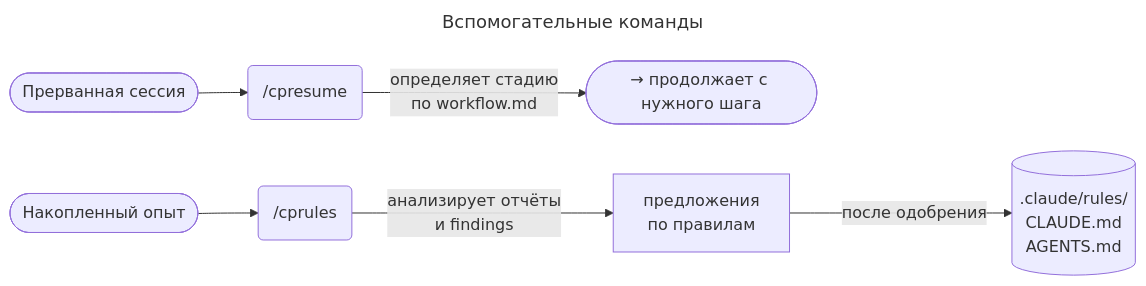
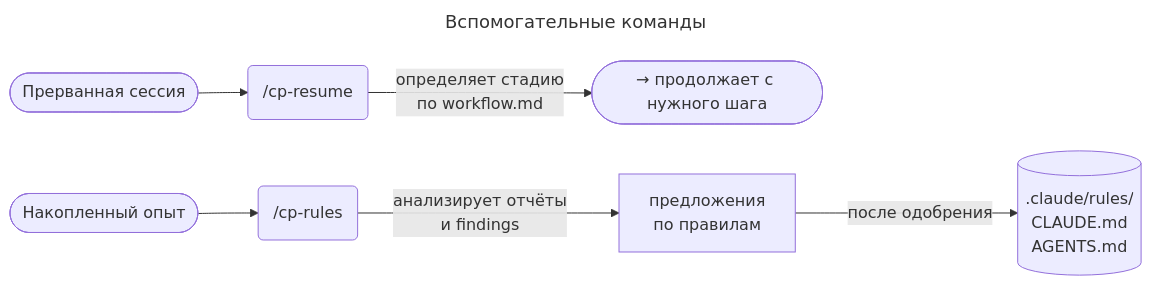
The third of 3 diagrams in README.ru.md (unger1984/codepatrol), drawn with Mermaid before and after one commit. The commit also changed other lines of this file and 75 other files, not shown here.

````diff
--- a/README.ru.md
+++ b/README.ru.md
@@ -159,12 +167,12 @@
 ```mermaid
 ---
 title: Вспомогательные команды
 ---
 flowchart LR
-    interrupted([Прерванная сессия]) --> cpresume("/cpresume")
-    cpresume -- "определяет стадию\nпо workflow.md" --> resume_target(["→ продолжает с нужного шага"])
+    interrupted([Прерванная сессия]) --> cpresumen("/cp-resume")
+    cpresumen -- "определяет стадию\nпо workflow.md" --> resume_target(["→ продолжает с нужного шага"])
 
-    experience([Накопленный опыт]) --> cprules("/cprules")
-    cprules -- "анализирует отчёты\nи findings" --> proposals["предложения\nпо правилам"]
+    experience([Накопленный опыт]) --> cprulesn("/cp-rules")
+    cprulesn -- "анализирует отчёты\nи findings" --> proposals["предложения\nпо правилам"]
     proposals -- "после одобрения" --> rules[(".claude/rules/\nCLAUDE.md\nAGENTS.md")]
 ```
````
